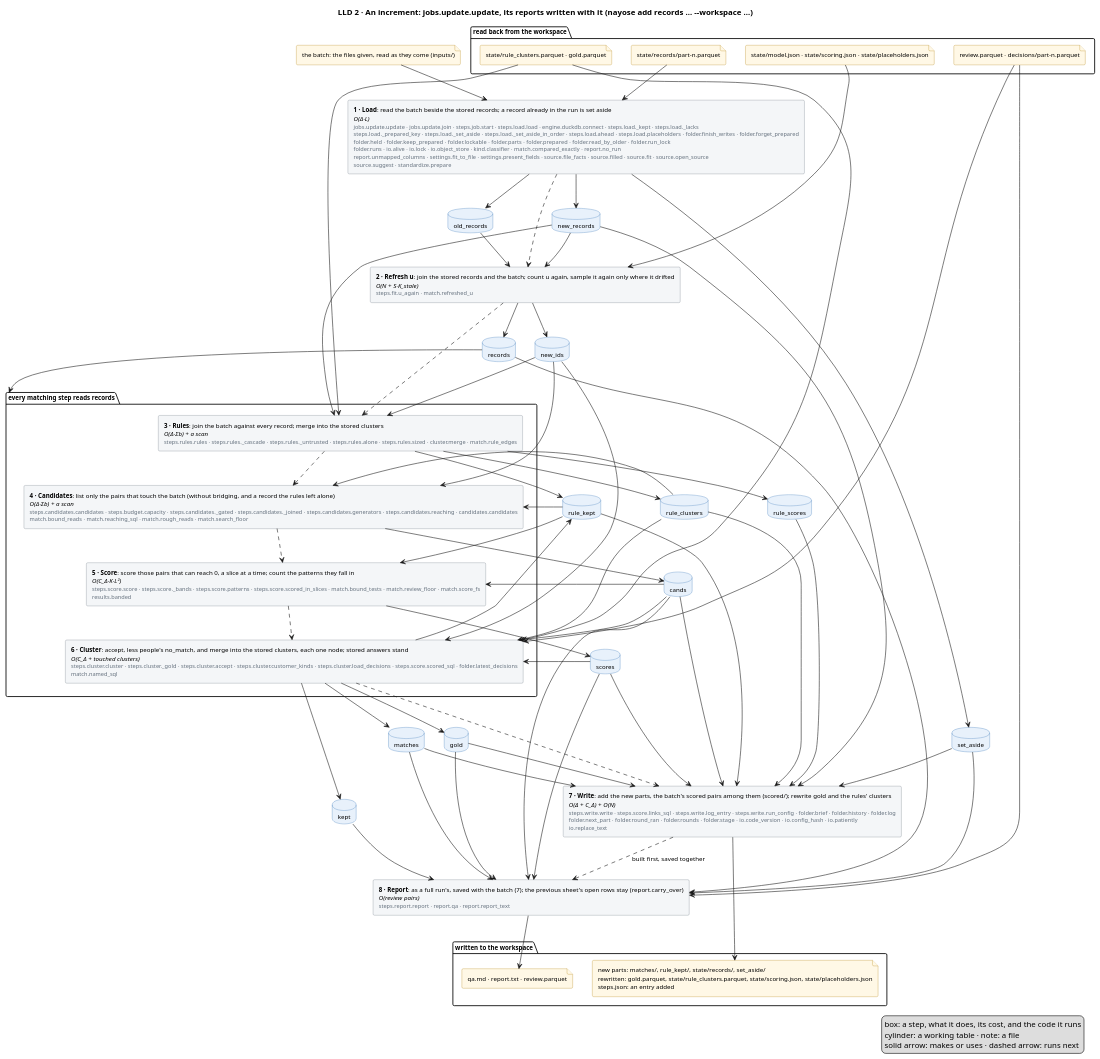
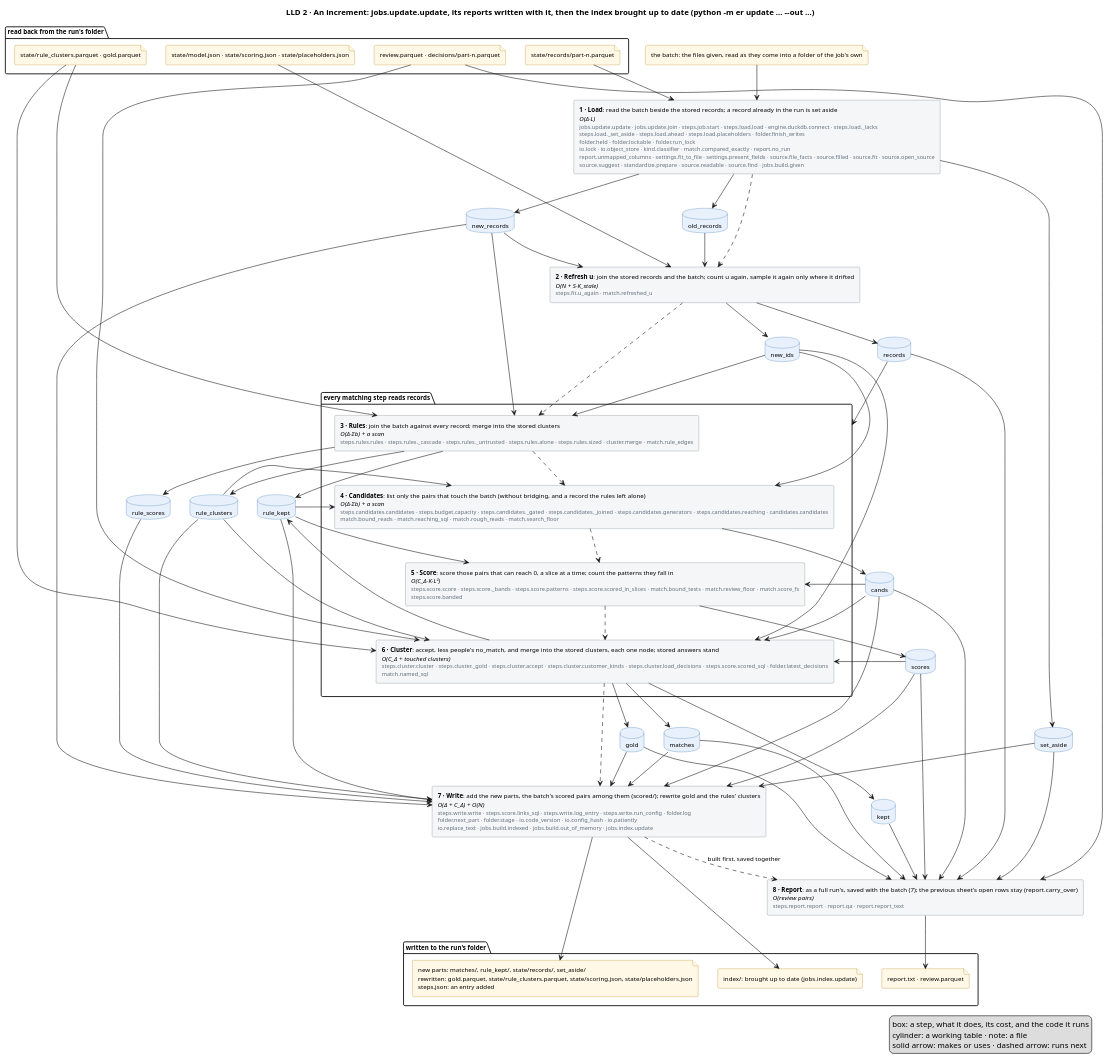
Before and after one commit to mvsbm/entity_matching: the diagram in docs/diagrams/increment.puml, drawn with PlantUML. The commit also changed 122 other files, not shown here.

```diff
--- a/docs/diagrams/increment.puml
+++ b/docs/diagrams/increment.puml
@@ -1,123 +1,125 @@
 @startuml increment
-title LLD 2 · An increment: jobs.update.update, its reports written with it (nayose add records … ~--workspace …)
+title LLD 2 · An increment: jobs.update.update, its reports written with it, then the index brought up to date (python -m er update … ~--out …)
 skinparam defaultFontSize 11
 skinparam rectangle {
   BackgroundColor #F4F6F8
   BorderColor #65717E
 }
 skinparam database {
   BackgroundColor #E8F1FB
   BorderColor #2C6DB3
 }
 skinparam file {
   BackgroundColor #FFF8E6
   BorderColor #B07D00
 }
 
-package "read back from the workspace" {
+package "read back from the run's folder" {
   file "state/model.json · state/scoring.json · state/placeholders.json" as f_model
   file "state/records/part-n.parquet" as f_records
   file "state/rule_clusters.parquet · gold.parquet" as f_clusters
   file "review.parquet · decisions/part-n.parquet" as f_sheet
 }
-file "the batch: the files given, read as they come (inputs/)" as f_batch
+file "the batch: the files given, read as they come into a folder of the job's own" as f_batch
 
 
-rectangle "<b>1 · Load</b>: read the batch beside the stored records; a record already in the run is set aside\n<i>O(Δ·L)</i>\n<size:10><color:#65717E>jobs.update.update · jobs.update.join · steps.job.start · steps.load.load · engine.duckdb.connect · steps.load._kept · steps.load._lacks</color></size>\n<size:10><color:#65717E>steps.load._prepared_key · steps.load._set_aside · steps.load._set_aside_in_order · steps.load.ahead · steps.load.placeholders · folder.finish_writes · folder.forget_prepared</color></size>\n<size:10><color:#65717E>folder.held · folder.keep_prepared · folder.lockable · folder.parts · folder.prepared · folder.read_by_older · folder.run_lock</color></size>\n<size:10><color:#65717E>folder.runs · io.alive · io.lock · io.object_store · kind.classifier · match.compared_exactly · report.no_run</color></size>\n<size:10><color:#65717E>report.unmapped_columns · settings.fit_to_file · settings.present_fields · source.file_facts · source.filled · source.fit · source.open_source</color></size>\n<size:10><color:#65717E>source.suggest · standardize.prepare</color></size>" as load
+rectangle "<b>1 · Load</b>: read the batch beside the stored records; a record already in the run is set aside\n<i>O(Δ·L)</i>\n<size:10><color:#65717E>jobs.update.update · jobs.update.join · steps.job.start · steps.load.load · engine.duckdb.connect · steps.load._lacks</color></size>\n<size:10><color:#65717E>steps.load._set_aside · steps.load.ahead · steps.load.placeholders · folder.finish_writes</color></size>\n<size:10><color:#65717E>folder.held · folder.lockable · folder.run_lock</color></size>\n<size:10><color:#65717E>io.lock · io.object_store · kind.classifier · match.compared_exactly · report.no_run</color></size>\n<size:10><color:#65717E>report.unmapped_columns · settings.fit_to_file · settings.present_fields · source.file_facts · source.filled · source.fit · source.open_source</color></size>\n<size:10><color:#65717E>source.suggest · standardize.prepare · source.readable · source.find · jobs.build.given</color></size>" as load
 rectangle "<b>2 · Refresh u</b>: join the stored records and the batch; count u again, sample it again only where it drifted\n<i>O(N + S·K_stale)</i>\n<size:10><color:#65717E>steps.fit.u_again · match.refreshed_u</color></size>" as fit
 package "every matching step reads records" as matching {
   rectangle "<b>3 · Rules</b>: join the batch against every record; merge into the stored clusters\n<i>O(Δ·Σb) + a scan</i>\n<size:10><color:#65717E>steps.rules.rules · steps.rules._cascade · steps.rules._untrusted · steps.rules.alone · steps.rules.sized · cluster.merge · match.rule_edges</color></size>" as rules
   rectangle "<b>4 · Candidates</b>: list only the pairs that touch the batch (without bridging, and a record the rules left alone)\n<i>O(Δ·Σb) + a scan</i>\n<size:10><color:#65717E>steps.candidates.candidates · steps.budget.capacity · steps.candidates._gated · steps.candidates._joined · steps.candidates.generators · steps.candidates.reaching · candidates.candidates</color></size>\n<size:10><color:#65717E>match.bound_reads · match.reaching_sql · match.rough_reads · match.search_floor</color></size>" as candidates
-  rectangle "<b>5 · Score</b>: score those pairs that can reach 0, a slice at a time; count the patterns they fall in\n<i>O(C_Δ·K·L²)</i>\n<size:10><color:#65717E>steps.score.score · steps.score._bands · steps.score.patterns · steps.score.scored_in_slices · match.bound_tests · match.review_floor · match.score_fs</color></size>\n<size:10><color:#65717E>results.banded</color></size>" as score
+  rectangle "<b>5 · Score</b>: score those pairs that can reach 0, a slice at a time; count the patterns they fall in\n<i>O(C_Δ·K·L²)</i>\n<size:10><color:#65717E>steps.score.score · steps.score._bands · steps.score.patterns · steps.score.scored_in_slices · match.bound_tests · match.review_floor · match.score_fs</color></size>\n<size:10><color:#65717E>steps.score.banded</color></size>" as score
   rectangle "<b>6 · Cluster</b>: accept, less people's no_match, and merge into the stored clusters, each one node; stored answers stand\n<i>O(C_Δ + touched clusters)</i>\n<size:10><color:#65717E>steps.cluster.cluster · steps.cluster._gold · steps.cluster.accept · steps.cluster.customer_kinds · steps.cluster.load_decisions · steps.score.scored_sql · folder.latest_decisions</color></size>\n<size:10><color:#65717E>match.named_sql</color></size>" as cluster
 }
-rectangle "<b>7 · Write</b>: add the new parts, the batch's scored pairs among them (scored/); rewrite gold and the rules' clusters\n<i>O(Δ + C_Δ) + O(N)</i>\n<size:10><color:#65717E>steps.write.write · steps.score.links_sql · steps.write.log_entry · steps.write.run_config · folder.brief · folder.history · folder.log</color></size>\n<size:10><color:#65717E>folder.next_part · folder.round_ran · folder.rounds · folder.stage · io.code_version · io.config_hash · io.patiently</color></size>\n<size:10><color:#65717E>io.replace_text</color></size>" as write
+rectangle "<b>7 · Write</b>: add the new parts, the batch's scored pairs among them (scored/); rewrite gold and the rules' clusters\n<i>O(Δ + C_Δ) + O(N)</i>\n<size:10><color:#65717E>steps.write.write · steps.score.links_sql · steps.write.log_entry · steps.write.run_config · folder.log</color></size>\n<size:10><color:#65717E>folder.next_part · folder.stage · io.code_version · io.config_hash · io.patiently</color></size>\n<size:10><color:#65717E>io.replace_text · jobs.build.indexed · jobs.build.out_of_memory · jobs.index.update</color></size>" as write
 rectangle "<b>8 · Report</b>: as a full run's, saved with the batch (7); the previous sheet's open rows stay (report.carry_over)\n<i>O(review pairs)</i>\n<size:10><color:#65717E>steps.report.report · report.qa · report.report_text</color></size>" as report
 database "old_records" as old_records
 database "new_records" as new_records
 database "set_aside" as set_aside
 database "records" as records
 database "new_ids" as new_ids
 database "rule_clusters" as rule_clusters
 database "rule_kept" as rule_kept
 database "cands" as cands
 database "scores" as scores
 database "rule_scores" as rule_scores
 database "matches" as matches
 database "kept" as kept
 database "gold" as gold
 
-package "written to the workspace" {
+package "written to the run's folder" {
   file "new parts: matches/, rule_kept/, state/records/, set_aside/\nrewritten: gold.parquet, state/rule_clusters.parquet, state/scoring.json, state/placeholders.json\nsteps.json: an entry added" as f_out
-  file "qa.md · report.txt · review.parquet" as f_people
+  file "report.txt · review.parquet" as f_people
+  file "index/: brought up to date (jobs.index.update)" as f_index
 }
 
 f_batch --> load
 f_records --> load
 f_model --> fit
 f_clusters --> rules
 f_clusters --> cluster
 f_sheet --> cluster
 f_sheet --> report
 
 load ..> fit
 fit ..> rules
 rules ..> candidates
 candidates ..> score
 score ..> cluster
 cluster ..> write
 write ..> report : built first, saved together
 
 load --> old_records
 load --> new_records
 load --> set_aside
 old_records --> fit
 new_records --> fit
 fit --> records
 fit --> new_ids
 records --> matching
 new_records --> rules
 new_ids --> rules
 rules --> rule_clusters
 rules --> rule_kept
 rules --> rule_scores
 rule_scores --> write
 cands --> write
 scores --> write
 new_ids --> candidates
 candidates --> cands
 cands --> score
 score --> scores
 new_ids --> cluster
 rule_clusters --> candidates
 rule_clusters --> cluster
 cands --> cluster
 scores --> cluster
 cluster --> matches
 cluster --> kept
 cluster --> rule_kept
 kept --> report
 cluster --> gold
 new_records --> write
 rule_clusters --> write
 rule_kept --> write
 rule_kept --> score
 rule_kept --> candidates
 matches --> write
 gold --> write
 set_aside --> write
 records --> report
 cands --> report
 scores --> report
 matches --> report
 gold --> report
 set_aside --> report
 
 write --> f_out
+write --> f_index
 report --> f_people
 legend right
   box: a step, what it does, its cost, and the code it runs
   cylinder: a working table · note: a file
   solid arrow: makes or uses · dashed arrow: runs next
 endlegend
 @enduml
```
